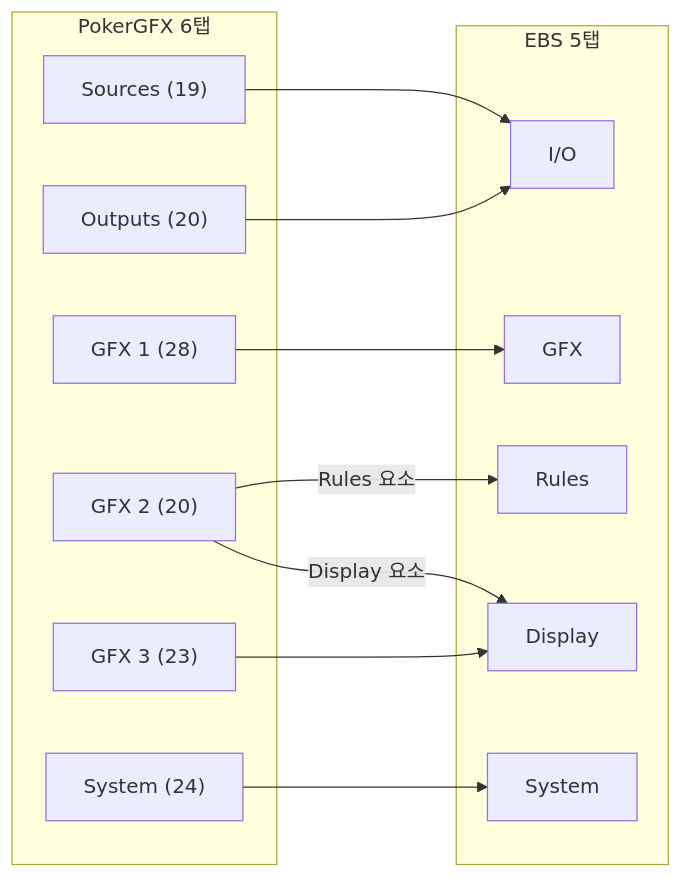
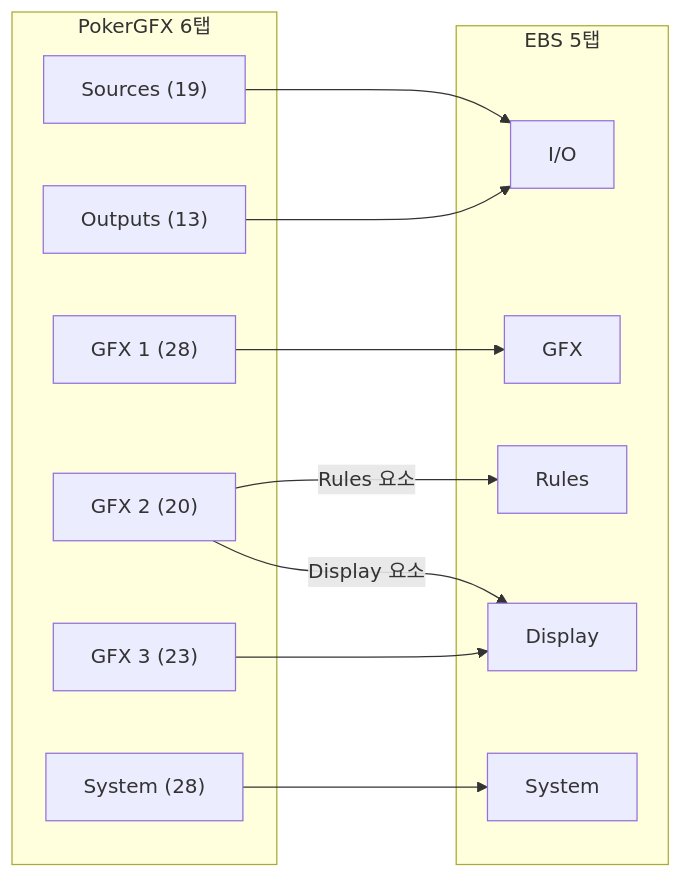
The second of 5 diagrams in docs/01_PokerGFX_Analysis/PRD-0004-EBS-Server-UI-Design.md (garimto81/ebs), drawn with Mermaid before and after one commit. The commit also changed other lines of this file and 7 other files, not shown here.

````diff
--- a/docs/01_PokerGFX_Analysis/PRD-0004-EBS-Server-UI-Design.md
+++ b/docs/01_PokerGFX_Analysis/PRD-0004-EBS-Server-UI-Design.md
@@ -96,25 +96,25 @@
 ```mermaid
 flowchart LR
     subgraph PGX["PokerGFX 6탭"]
         P1["Sources (19)"]
-        P2["Outputs (20)"]
+        P2["Outputs (13)"]
         P3["GFX 1 (28)"]
         P4["GFX 2 (20)"]
         P5["GFX 3 (23)"]
-        P6["System (24)"]
+        P6["System (28)"]
     end
     subgraph EBS["EBS 5탭"]
         E1["I/O"]
         E2["GFX"]
         E3["Rules"]
         E4["Display"]
         E5["System"]
     end
     P1 --> E1
     P2 --> E1
     P3 --> E2
     P4 -->|"Rules 요소"| E3
     P4 -->|"Display 요소"| E4
     P5 --> E4
     P6 --> E5
 ```
````
